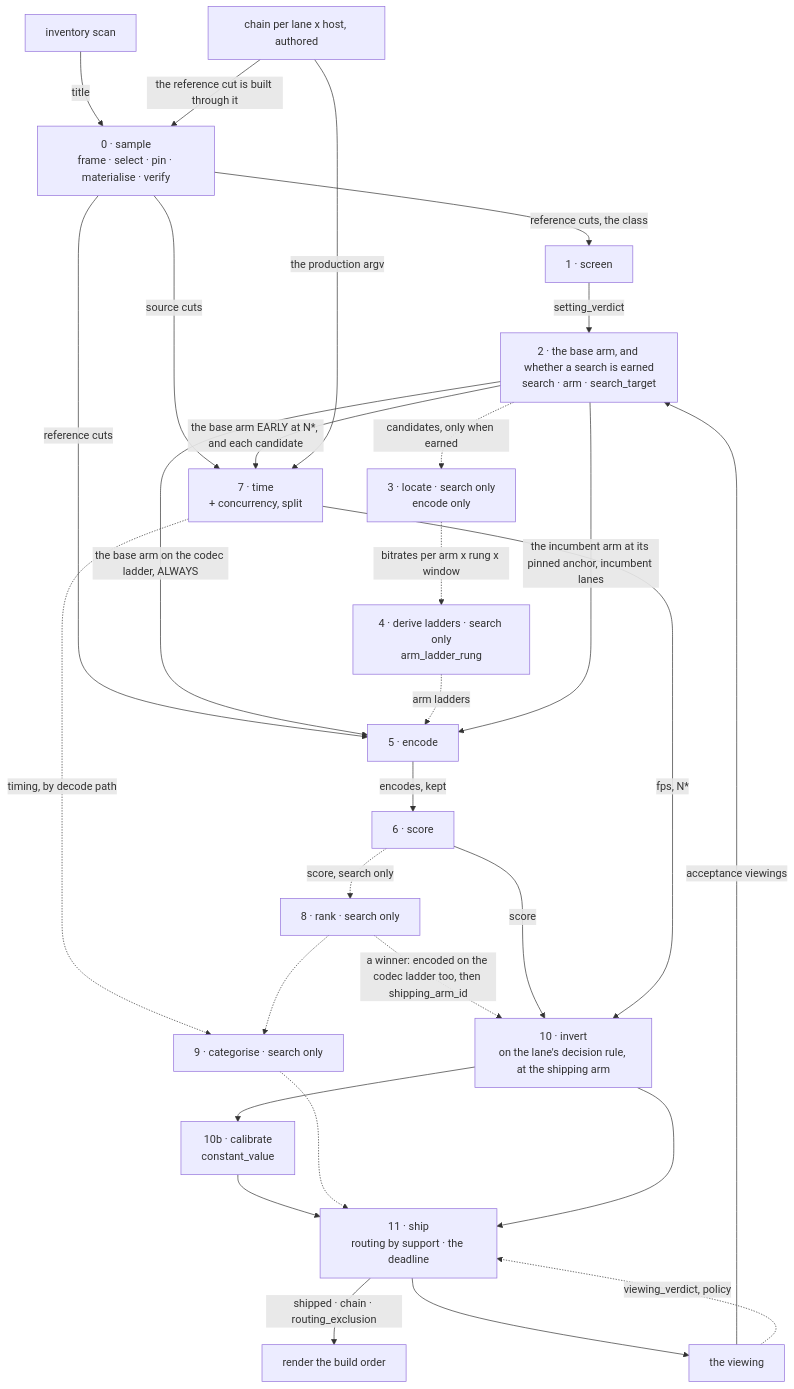
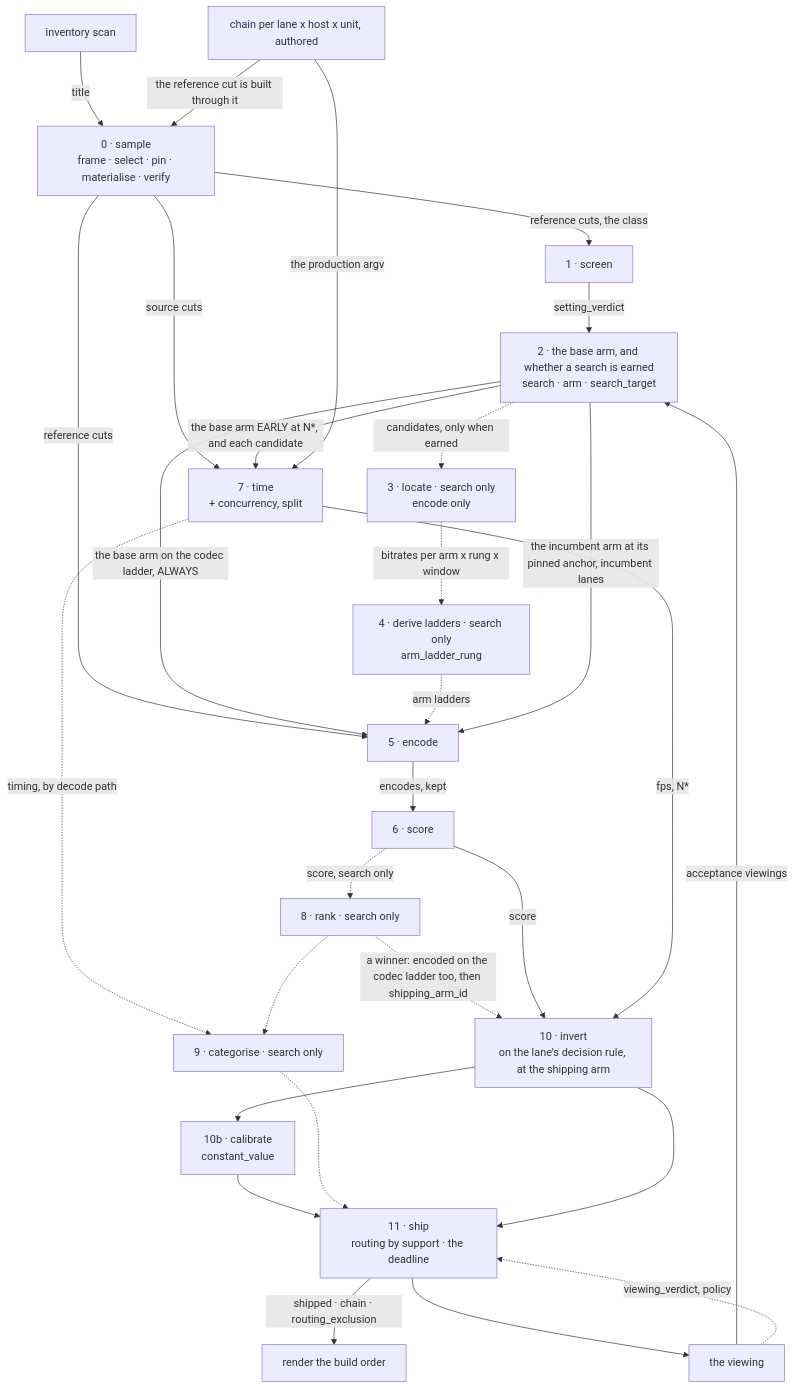
The diagram in docs/SPEC.md (andyattebery/gpu-encoder-sweep), drawn with Mermaid before and after one commit. The commit also changed other lines of this file and 3 other files, not shown here.

Commit message:
The chain is per (lane, host, unit): cut.chain_unit, the all-or-none constraint, x_shipped_without_chain joins on the unit

````diff
--- a/docs/SPEC.md
+++ b/docs/SPEC.md
@@ -155,31 +155,31 @@
 ```mermaid
 flowchart TD
   INV[inventory scan] -->|title| S0
   S0["0 · sample<br/>frame · select · pin · materialise · verify"] -->|reference cuts, the class| S1["1 · screen"]
   S0 -->|reference cuts| S5
   S0 -->|source cuts| S7
   V["the viewing"] -->|acceptance viewings| S2
   S1 -->|setting_verdict| S2["2 · the base arm, and whether a search is earned<br/>search · arm · search_target"]
   S2 -->|the base arm on the codec ladder, ALWAYS| S5["5 · encode"]
   S2 -.->|candidates, only when earned| S3["3 · locate · search only<br/>encode only"]
   S3 -.->|bitrates per arm x rung x window| S4["4 · derive ladders · search only<br/>arm_ladder_rung"]
   S4 -.->|arm ladders| S5
   S5 -->|encodes, kept| S6["6 · score"]
   S2 -->|the base arm EARLY at N*, and each candidate| S7["7 · time<br/>+ concurrency, split"]
   S2 -->|the incumbent arm at its pinned anchor, incumbent lanes| S5
-  CH["chain per lane x host, authored"] -->|the reference cut is built through it| S0
+  CH["chain per lane x host x unit, authored"] -->|the reference cut is built through it| S0
   CH -->|the production argv| S7
   S6 -.->|score, search only| S8["8 · rank · search only"]
   S7 -.->|timing, by decode path| S9["9 · categorise · search only"]
   S8 -.-> S9
   S8 -.->|a winner: encoded on the codec ladder too, then shipping_arm_id| S10
   S6 -->|score| S10["10 · invert<br/>on the lane's decision rule, at the shipping arm"]
   S7 -->|fps, N*| S10
   S10 --> C["10b · calibrate<br/>constant_value"]
   C --> S11
   S9 -.-> S11["11 · ship<br/>routing by support · the deadline"]
   S10 --> S11
   S11 -->|shipped · chain · routing_exclusion| R["render the build order"]
   S11 --> V
   V -.->|viewing_verdict, policy| S11
 ```
````
